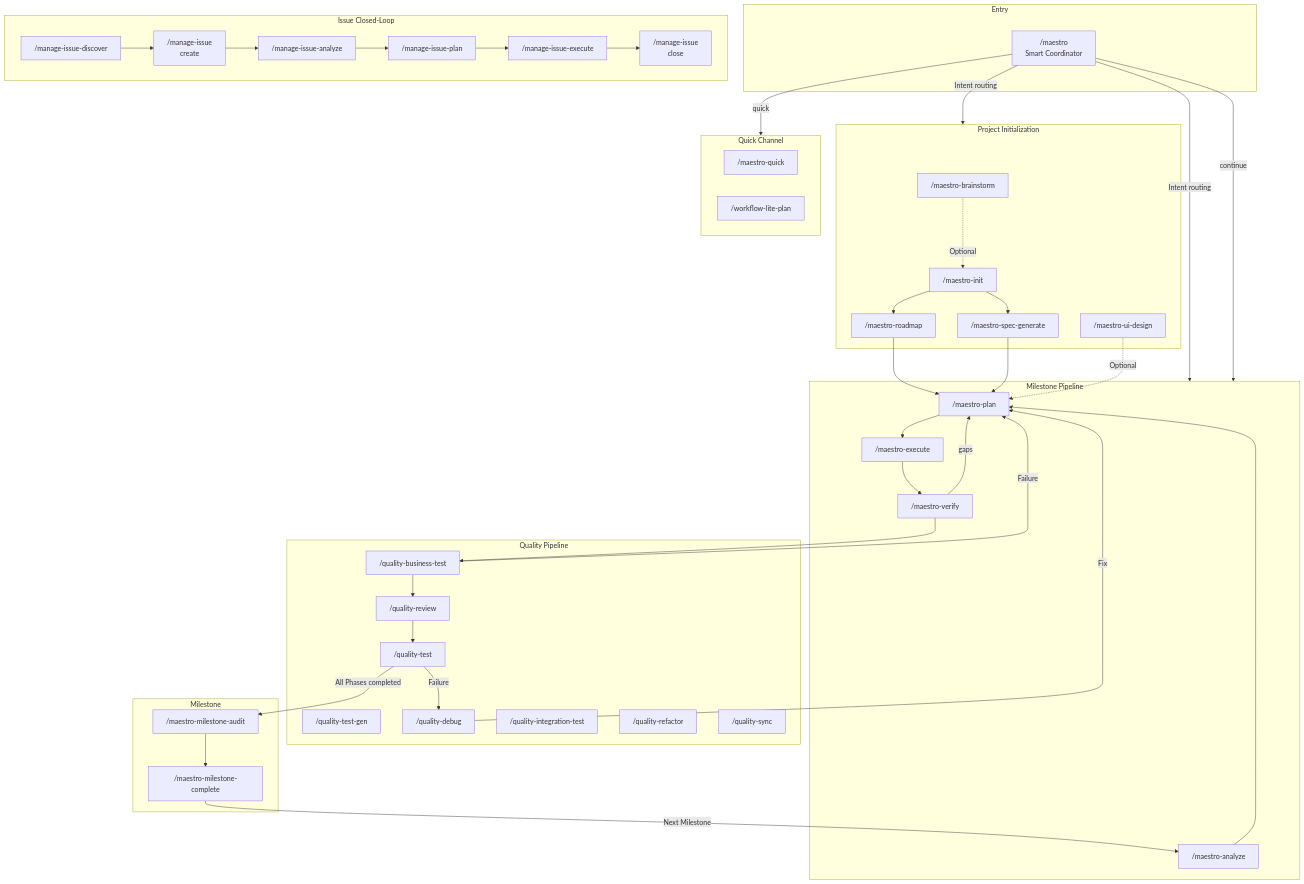
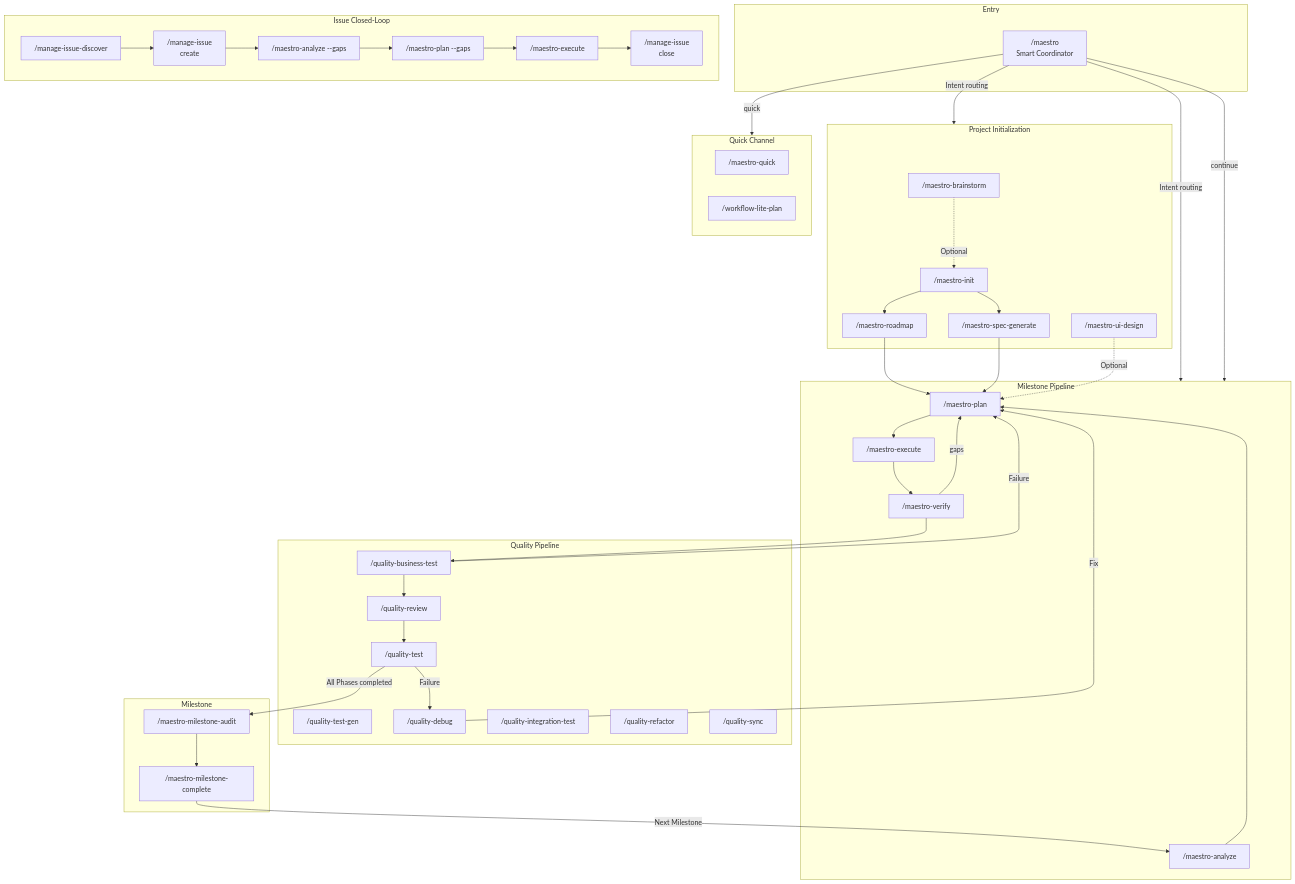
One commit to catlog22/maestro-flow changed the first of 9 diagrams in guide/command-usage-guide.en.md. Above: the diagram before and after it, drawn with Mermaid. The commit also changed other lines of this file and 75 other files, not shown here.

```diff
--- a/guide/command-usage-guide.en.md
+++ b/guide/command-usage-guide.en.md
@@ -52,9 +52,9 @@
     subgraph issue["Issue Closed-Loop"]
         ID["/manage-issue-discover"]
         IC["/manage-issue<br>create"]
-        IA["/manage-issue-analyze"]
-        IP["/manage-issue-plan"]
-        IE["/manage-issue-execute"]
+        IA["/maestro-analyze --gaps"]
+        IP["/maestro-plan --gaps"]
+        IE["/maestro-execute"]
         ICL["/manage-issue<br>close"]
     end
 
```
